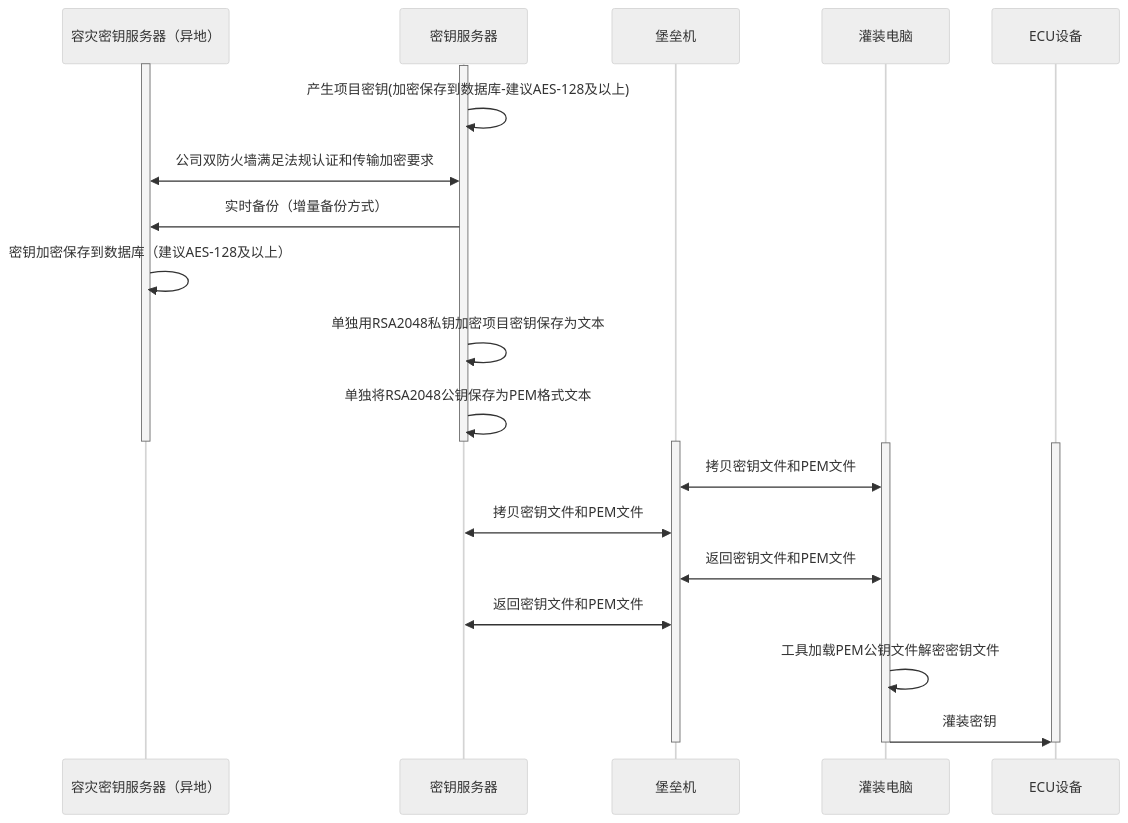
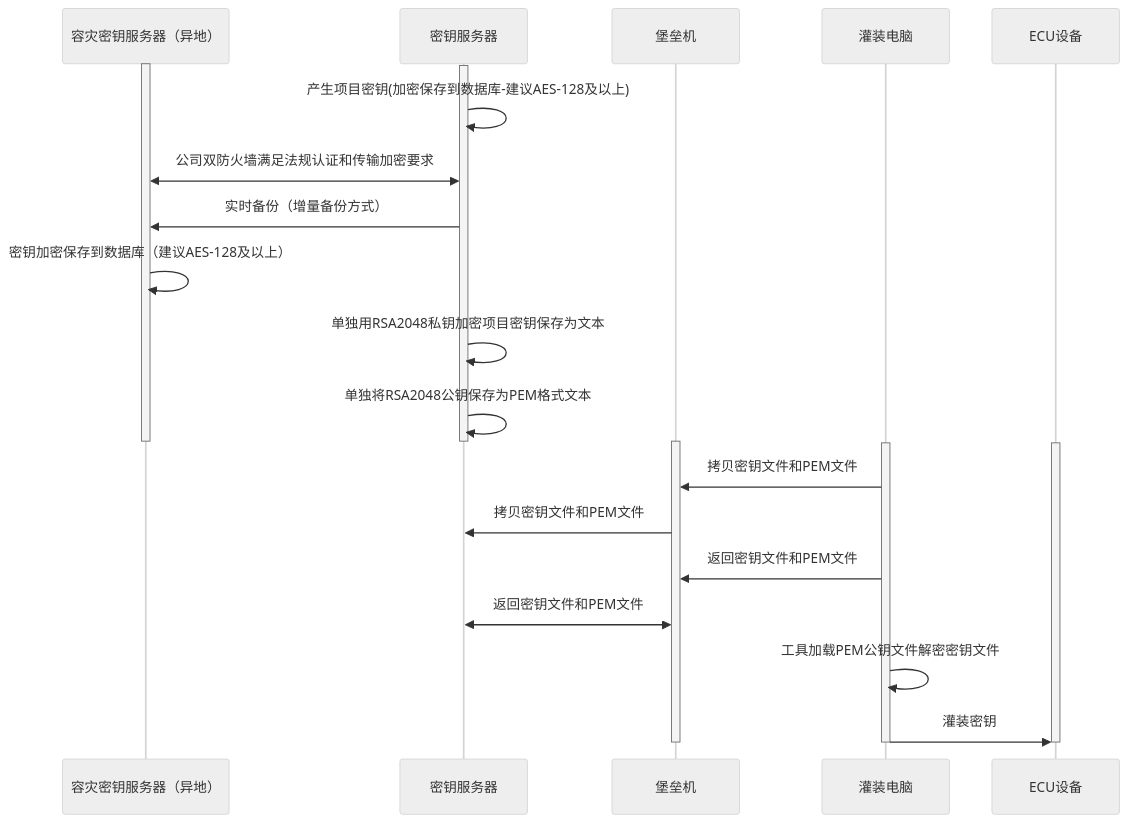
Before and after one commit to facebook-cloud/iodraw-files: the diagram in all/未命名-15.md, drawn with Mermaid (neutral theme).

Commit message:
2026-02-07 14:10:06 update

````diff
--- a/all/未命名-15.md
+++ b/all/未命名-15.md
@@ -1,34 +1,34 @@
 ```mermaid
 sequenceDiagram
     participant A as 容灾密钥服务器（异地）
     participant B as 密钥服务器
     participant C as 堡垒机
     participant D as 灌装电脑
     participant E as ECU设备
 
     activate A
     activate B
     B->>B: 产生项目密钥(加密保存到数据库-建议AES-128及以上)
     A<<->>B: 公司双防火墙满足法规认证和传输加密要求
     B->>A: 实时备份（增量备份方式）
     A->>A: 密钥加密保存到数据库（建议AES-128及以上）
     B->>B: 单独用RSA2048私钥加密项目密钥保存为文本
     B->>B: 单独将RSA2048公钥保存为PEM格式文本
     deactivate B
     deactivate A
 
     activate C
     activate D
     activate E
 
-    D<<->>C: 拷贝密钥文件和PEM文件
-    C<<->>B: 拷贝密钥文件和PEM文件
-    D<<->>C: 返回密钥文件和PEM文件
+    D->>C: 拷贝密钥文件和PEM文件
+    C->>B: 拷贝密钥文件和PEM文件
+    D->>C: 返回密钥文件和PEM文件
     C<<->>B: 返回密钥文件和PEM文件
     D->>D:工具加载PEM公钥文件解密密钥文件
     D->>E: 灌装密钥
     deactivate C
     deactivate D
     deactivate E
 
 ```
````
